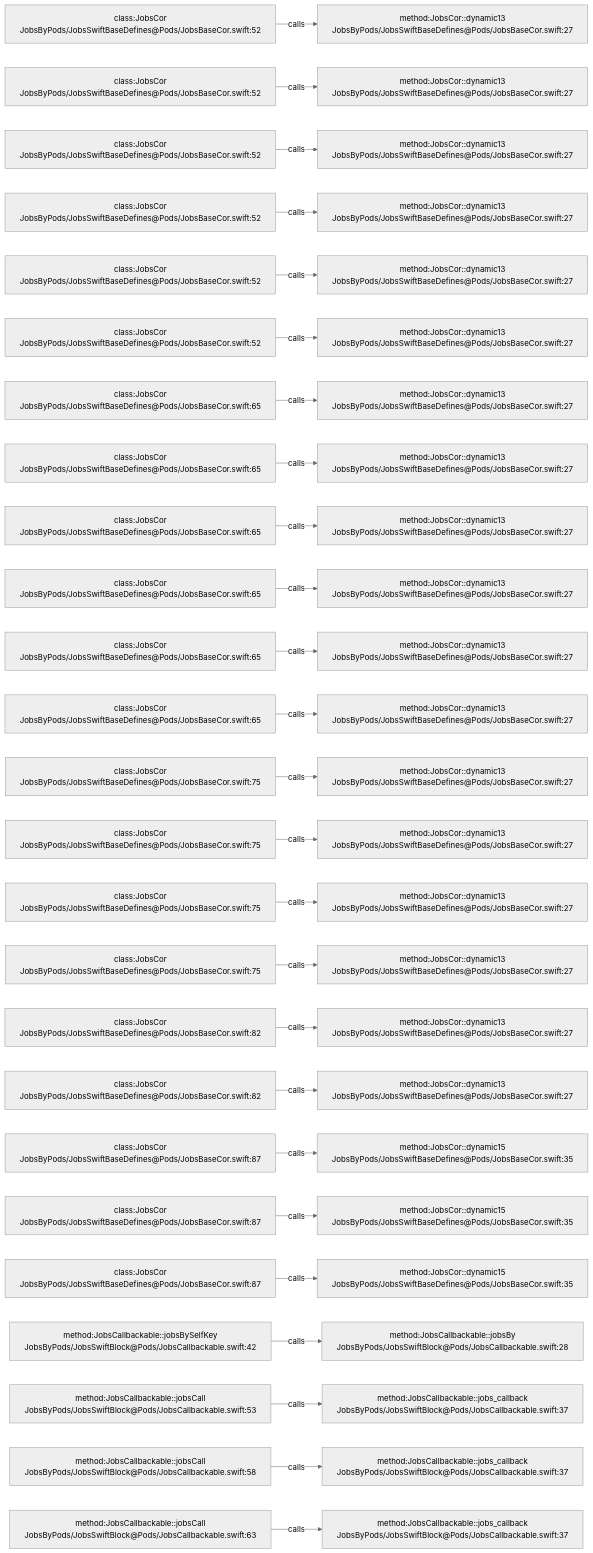
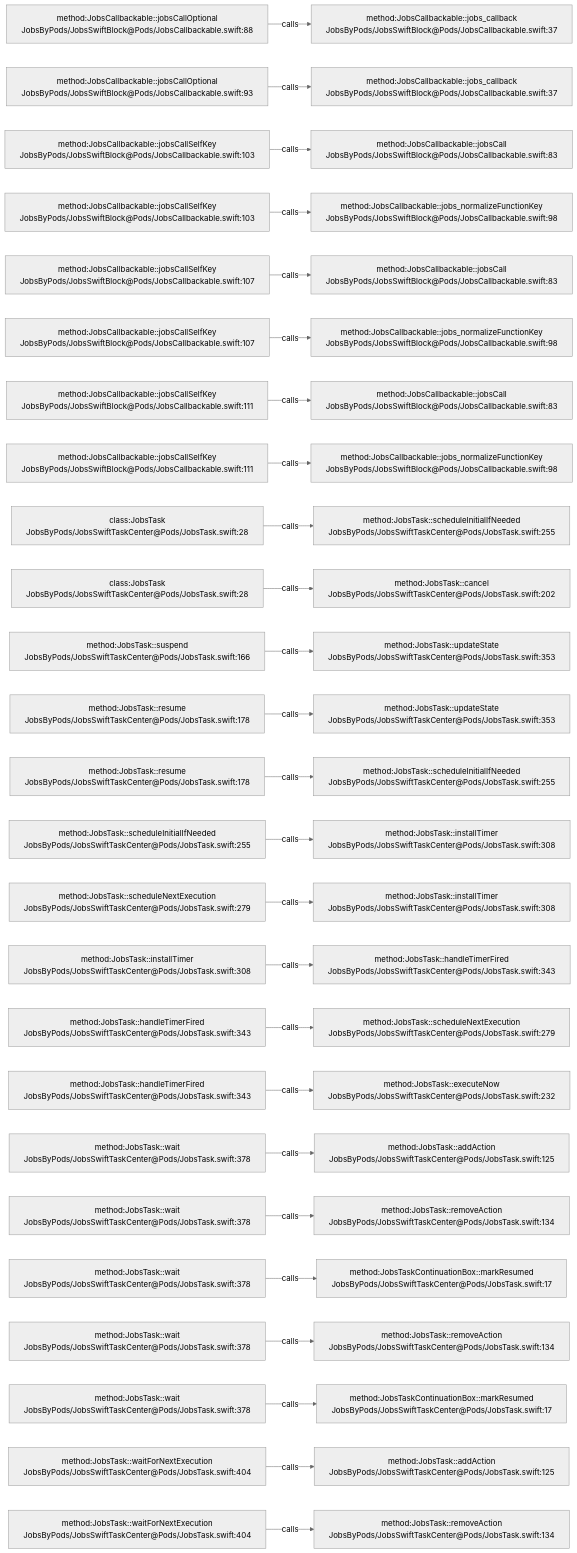
The diagram in .codegraph/codegraph.md/graphs/calls-013.md (JobsKits/JobsSwiftBaseConfigDemo), drawn with Mermaid (neutral theme) before and after one commit. The commit also changed 2959 other files, not shown here.

````diff
--- a/.codegraph/codegraph.md/graphs/calls-013.md
+++ b/.codegraph/codegraph.md/graphs/calls-013.md
@@ -13,78 +13,78 @@
 ```mermaid
 flowchart LR
-  S1["class:JobsCor<br/>JobsByPods/JobsSwiftBaseDefines@Pods/JobsBaseCor.swift:52"]
-  T1["method:JobsCor::dynamic13<br/>JobsByPods/JobsSwiftBaseDefines@Pods/JobsBaseCor.swift:27"]
+  S1["method:JobsCallbackable::jobsCallOptional<br/>JobsByPods/JobsSwiftBlock@Pods/JobsCallbackable.swift:88"]
+  T1["method:JobsCallbackable::jobs_callback<br/>JobsByPods/JobsSwiftBlock@Pods/JobsCallbackable.swift:37"]
   S1 -->|calls| T1
-  S2["class:JobsCor<br/>JobsByPods/JobsSwiftBaseDefines@Pods/JobsBaseCor.swift:52"]
-  T2["method:JobsCor::dynamic13<br/>JobsByPods/JobsSwiftBaseDefines@Pods/JobsBaseCor.swift:27"]
+  S2["method:JobsCallbackable::jobsCallOptional<br/>JobsByPods/JobsSwiftBlock@Pods/JobsCallbackable.swift:93"]
+  T2["method:JobsCallbackable::jobs_callback<br/>JobsByPods/JobsSwiftBlock@Pods/JobsCallbackable.swift:37"]
   S2 -->|calls| T2
-  S3["class:JobsCor<br/>JobsByPods/JobsSwiftBaseDefines@Pods/JobsBaseCor.swift:52"]
-  T3["method:JobsCor::dynamic13<br/>JobsByPods/JobsSwiftBaseDefines@Pods/JobsBaseCor.swift:27"]
+  S3["method:JobsCallbackable::jobsCallSelfKey<br/>JobsByPods/JobsSwiftBlock@Pods/JobsCallbackable.swift:103"]
+  T3["method:JobsCallbackable::jobsCall<br/>JobsByPods/JobsSwiftBlock@Pods/JobsCallbackable.swift:83"]
   S3 -->|calls| T3
-  S4["class:JobsCor<br/>JobsByPods/JobsSwiftBaseDefines@Pods/JobsBaseCor.swift:52"]
-  T4["method:JobsCor::dynamic13<br/>JobsByPods/JobsSwiftBaseDefines@Pods/JobsBaseCor.swift:27"]
+  S4["method:JobsCallbackable::jobsCallSelfKey<br/>JobsByPods/JobsSwiftBlock@Pods/JobsCallbackable.swift:103"]
+  T4["method:JobsCallbackable::jobs_normalizeFunctionKey<br/>JobsByPods/JobsSwiftBlock@Pods/JobsCallbackable.swift:98"]
   S4 -->|calls| T4
-  S5["class:JobsCor<br/>JobsByPods/JobsSwiftBaseDefines@Pods/JobsBaseCor.swift:52"]
-  T5["method:JobsCor::dynamic13<br/>JobsByPods/JobsSwiftBaseDefines@Pods/JobsBaseCor.swift:27"]
+  S5["method:JobsCallbackable::jobsCallSelfKey<br/>JobsByPods/JobsSwiftBlock@Pods/JobsCallbackable.swift:107"]
+  T5["method:JobsCallbackable::jobsCall<br/>JobsByPods/JobsSwiftBlock@Pods/JobsCallbackable.swift:83"]
   S5 -->|calls| T5
-  S6["class:JobsCor<br/>JobsByPods/JobsSwiftBaseDefines@Pods/JobsBaseCor.swift:52"]
-  T6["method:JobsCor::dynamic13<br/>JobsByPods/JobsSwiftBaseDefines@Pods/JobsBaseCor.swift:27"]
+  S6["method:JobsCallbackable::jobsCallSelfKey<br/>JobsByPods/JobsSwiftBlock@Pods/JobsCallbackable.swift:107"]
+  T6["method:JobsCallbackable::jobs_normalizeFunctionKey<br/>JobsByPods/JobsSwiftBlock@Pods/JobsCallbackable.swift:98"]
   S6 -->|calls| T6
-  S7["class:JobsCor<br/>JobsByPods/JobsSwiftBaseDefines@Pods/JobsBaseCor.swift:65"]
-  T7["method:JobsCor::dynamic13<br/>JobsByPods/JobsSwiftBaseDefines@Pods/JobsBaseCor.swift:27"]
+  S7["method:JobsCallbackable::jobsCallSelfKey<br/>JobsByPods/JobsSwiftBlock@Pods/JobsCallbackable.swift:111"]
+  T7["method:JobsCallbackable::jobsCall<br/>JobsByPods/JobsSwiftBlock@Pods/JobsCallbackable.swift:83"]
   S7 -->|calls| T7
-  S8["class:JobsCor<br/>JobsByPods/JobsSwiftBaseDefines@Pods/JobsBaseCor.swift:65"]
-  T8["method:JobsCor::dynamic13<br/>JobsByPods/JobsSwiftBaseDefines@Pods/JobsBaseCor.swift:27"]
+  S8["method:JobsCallbackable::jobsCallSelfKey<br/>JobsByPods/JobsSwiftBlock@Pods/JobsCallbackable.swift:111"]
+  T8["method:JobsCallbackable::jobs_normalizeFunctionKey<br/>JobsByPods/JobsSwiftBlock@Pods/JobsCallbackable.swift:98"]
   S8 -->|calls| T8
-  S9["class:JobsCor<br/>JobsByPods/JobsSwiftBaseDefines@Pods/JobsBaseCor.swift:65"]
-  T9["method:JobsCor::dynamic13<br/>JobsByPods/JobsSwiftBaseDefines@Pods/JobsBaseCor.swift:27"]
+  S9["class:JobsTask<br/>JobsByPods/JobsSwiftTaskCenter@Pods/JobsTask.swift:28"]
+  T9["method:JobsTask::scheduleInitialIfNeeded<br/>JobsByPods/JobsSwiftTaskCenter@Pods/JobsTask.swift:255"]
   S9 -->|calls| T9
-  S10["class:JobsCor<br/>JobsByPods/JobsSwiftBaseDefines@Pods/JobsBaseCor.swift:65"]
-  T10["method:JobsCor::dynamic13<br/>JobsByPods/JobsSwiftBaseDefines@Pods/JobsBaseCor.swift:27"]
+  S10["class:JobsTask<br/>JobsByPods/JobsSwiftTaskCenter@Pods/JobsTask.swift:28"]
+  T10["method:JobsTask::cancel<br/>JobsByPods/JobsSwiftTaskCenter@Pods/JobsTask.swift:202"]
   S10 -->|calls| T10
-  S11["class:JobsCor<br/>JobsByPods/JobsSwiftBaseDefines@Pods/JobsBaseCor.swift:65"]
-  T11["method:JobsCor::dynamic13<br/>JobsByPods/JobsSwiftBaseDefines@Pods/JobsBaseCor.swift:27"]
+  S11["method:JobsTask::suspend<br/>JobsByPods/JobsSwiftTaskCenter@Pods/JobsTask.swift:166"]
+  T11["method:JobsTask::updateState<br/>JobsByPods/JobsSwiftTaskCenter@Pods/JobsTask.swift:353"]
   S11 -->|calls| T11
-  S12["class:JobsCor<br/>JobsByPods/JobsSwiftBaseDefines@Pods/JobsBaseCor.swift:65"]
-  T12["method:JobsCor::dynamic13<br/>JobsByPods/JobsSwiftBaseDefines@Pods/JobsBaseCor.swift:27"]
+  S12["method:JobsTask::resume<br/>JobsByPods/JobsSwiftTaskCenter@Pods/JobsTask.swift:178"]
+  T12["method:JobsTask::updateState<br/>JobsByPods/JobsSwiftTaskCenter@Pods/JobsTask.swift:353"]
   S12 -->|calls| T12
-  S13["class:JobsCor<br/>JobsByPods/JobsSwiftBaseDefines@Pods/JobsBaseCor.swift:75"]
-  T13["method:JobsCor::dynamic13<br/>JobsByPods/JobsSwiftBaseDefines@Pods/JobsBaseCor.swift:27"]
+  S13["method:JobsTask::resume<br/>JobsByPods/JobsSwiftTaskCenter@Pods/JobsTask.swift:178"]
+  T13["method:JobsTask::scheduleInitialIfNeeded<br/>JobsByPods/JobsSwiftTaskCenter@Pods/JobsTask.swift:255"]
   S13 -->|calls| T13
-  S14["class:JobsCor<br/>JobsByPods/JobsSwiftBaseDefines@Pods/JobsBaseCor.swift:75"]
-  T14["method:JobsCor::dynamic13<br/>JobsByPods/JobsSwiftBaseDefines@Pods/JobsBaseCor.swift:27"]
+  S14["method:JobsTask::scheduleInitialIfNeeded<br/>JobsByPods/JobsSwiftTaskCenter@Pods/JobsTask.swift:255"]
+  T14["method:JobsTask::installTimer<br/>JobsByPods/JobsSwiftTaskCenter@Pods/JobsTask.swift:308"]
   S14 -->|calls| T14
-  S15["class:JobsCor<br/>JobsByPods/JobsSwiftBaseDefines@Pods/JobsBaseCor.swift:75"]
-  T15["method:JobsCor::dynamic13<br/>JobsByPods/JobsSwiftBaseDefines@Pods/JobsBaseCor.swift:27"]
+  S15["method:JobsTask::scheduleNextExecution<br/>JobsByPods/JobsSwiftTaskCenter@Pods/JobsTask.swift:279"]
+  T15["method:JobsTask::installTimer<br/>JobsByPods/JobsSwiftTaskCenter@Pods/JobsTask.swift:308"]
   S15 -->|calls| T15
-  S16["class:JobsCor<br/>JobsByPods/JobsSwiftBaseDefines@Pods/JobsBaseCor.swift:75"]
-  T16["method:JobsCor::dynamic13<br/>JobsByPods/JobsSwiftBaseDefines@Pods/JobsBaseCor.swift:27"]
+  S16["method:JobsTask::installTimer<br/>JobsByPods/JobsSwiftTaskCenter@Pods/JobsTask.swift:308"]
+  T16["method:JobsTask::handleTimerFired<br/>JobsByPods/JobsSwiftTaskCenter@Pods/JobsTask.swift:343"]
   S16 -->|calls| T16
-  S17["class:JobsCor<br/>JobsByPods/JobsSwiftBaseDefines@Pods/JobsBaseCor.swift:82"]
-  T17["method:JobsCor::dynamic13<br/>JobsByPods/JobsSwiftBaseDefines@Pods/JobsBaseCor.swift:27"]
+  S17["method:JobsTask::handleTimerFired<br/>JobsByPods/JobsSwiftTaskCenter@Pods/JobsTask.swift:343"]
+  T17["method:JobsTask::scheduleNextExecution<br/>JobsByPods/JobsSwiftTaskCenter@Pods/JobsTask.swift:279"]
   S17 -->|calls| T17
-  S18["class:JobsCor<br/>JobsByPods/JobsSwiftBaseDefines@Pods/JobsBaseCor.swift:82"]
-  T18["method:JobsCor::dynamic13<br/>JobsByPods/JobsSwiftBaseDefines@Pods/JobsBaseCor.swift:27"]
+  S18["method:JobsTask::handleTimerFired<br/>JobsByPods/JobsSwiftTaskCenter@Pods/JobsTask.swift:343"]
+  T18["method:JobsTask::executeNow<br/>JobsByPods/JobsSwiftTaskCenter@Pods/JobsTask.swift:232"]
   S18 -->|calls| T18
-  S19["class:JobsCor<br/>JobsByPods/JobsSwiftBaseDefines@Pods/JobsBaseCor.swift:87"]
-  T19["method:JobsCor::dynamic15<br/>JobsByPods/JobsSwiftBaseDefines@Pods/JobsBaseCor.swift:35"]
+  S19["method:JobsTask::wait<br/>JobsByPods/JobsSwiftTaskCenter@Pods/JobsTask.swift:378"]
+  T19["method:JobsTask::addAction<br/>JobsByPods/JobsSwiftTaskCenter@Pods/JobsTask.swift:125"]
   S19 -->|calls| T19
-  S20["class:JobsCor<br/>JobsByPods/JobsSwiftBaseDefines@Pods/JobsBaseCor.swift:87"]
-  T20["method:JobsCor::dynamic15<br/>JobsByPods/JobsSwiftBaseDefines@Pods/JobsBaseCor.swift:35"]
+  S20["method:JobsTask::wait<br/>JobsByPods/JobsSwiftTaskCenter@Pods/JobsTask.swift:378"]
+  T20["method:JobsTask::removeAction<br/>JobsByPods/JobsSwiftTaskCenter@Pods/JobsTask.swift:134"]
   S20 -->|calls| T20
-  S21["class:JobsCor<br/>JobsByPods/JobsSwiftBaseDefines@Pods/JobsBaseCor.swift:87"]
-  T21["method:JobsCor::dynamic15<br/>JobsByPods/JobsSwiftBaseDefines@Pods/JobsBaseCor.swift:35"]
+  S21["method:JobsTask::wait<br/>JobsByPods/JobsSwiftTaskCenter@Pods/JobsTask.swift:378"]
+  T21["method:JobsTaskContinuationBox::markResumed<br/>JobsByPods/JobsSwiftTaskCenter@Pods/JobsTask.swift:17"]
   S21 -->|calls| T21
-  S22["method:JobsCallbackable::jobsBySelfKey<br/>JobsByPods/JobsSwiftBlock@Pods/JobsCallbackable.swift:42"]
-  T22["method:JobsCallbackable::jobsBy<br/>JobsByPods/JobsSwiftBlock@Pods/JobsCallbackable.swift:28"]
+  S22["method:JobsTask::wait<br/>JobsByPods/JobsSwiftTaskCenter@Pods/JobsTask.swift:378"]
+  T22["method:JobsTask::removeAction<br/>JobsByPods/JobsSwiftTaskCenter@Pods/JobsTask.swift:134"]
   S22 -->|calls| T22
-  S23["method:JobsCallbackable::jobsCall<br/>JobsByPods/JobsSwiftBlock@Pods/JobsCallbackable.swift:53"]
-  T23["method:JobsCallbackable::jobs_callback<br/>JobsByPods/JobsSwiftBlock@Pods/JobsCallbackable.swift:37"]
+  S23["method:JobsTask::wait<br/>JobsByPods/JobsSwiftTaskCenter@Pods/JobsTask.swift:378"]
+  T23["method:JobsTaskContinuationBox::markResumed<br/>JobsByPods/JobsSwiftTaskCenter@Pods/JobsTask.swift:17"]
   S23 -->|calls| T23
-  S24["method:JobsCallbackable::jobsCall<br/>JobsByPods/JobsSwiftBlock@Pods/JobsCallbackable.swift:58"]
-  T24["method:JobsCallbackable::jobs_callback<br/>JobsByPods/JobsSwiftBlock@Pods/JobsCallbackable.swift:37"]
+  S24["method:JobsTask::waitForNextExecution<br/>JobsByPods/JobsSwiftTaskCenter@Pods/JobsTask.swift:404"]
+  T24["method:JobsTask::addAction<br/>JobsByPods/JobsSwiftTaskCenter@Pods/JobsTask.swift:125"]
   S24 -->|calls| T24
-  S25["method:JobsCallbackable::jobsCall<br/>JobsByPods/JobsSwiftBlock@Pods/JobsCallbackable.swift:63"]
-  T25["method:JobsCallbackable::jobs_callback<br/>JobsByPods/JobsSwiftBlock@Pods/JobsCallbackable.swift:37"]
+  S25["method:JobsTask::waitForNextExecution<br/>JobsByPods/JobsSwiftTaskCenter@Pods/JobsTask.swift:404"]
+  T25["method:JobsTask::removeAction<br/>JobsByPods/JobsSwiftTaskCenter@Pods/JobsTask.swift:134"]
   S25 -->|calls| T25
 ```
````
